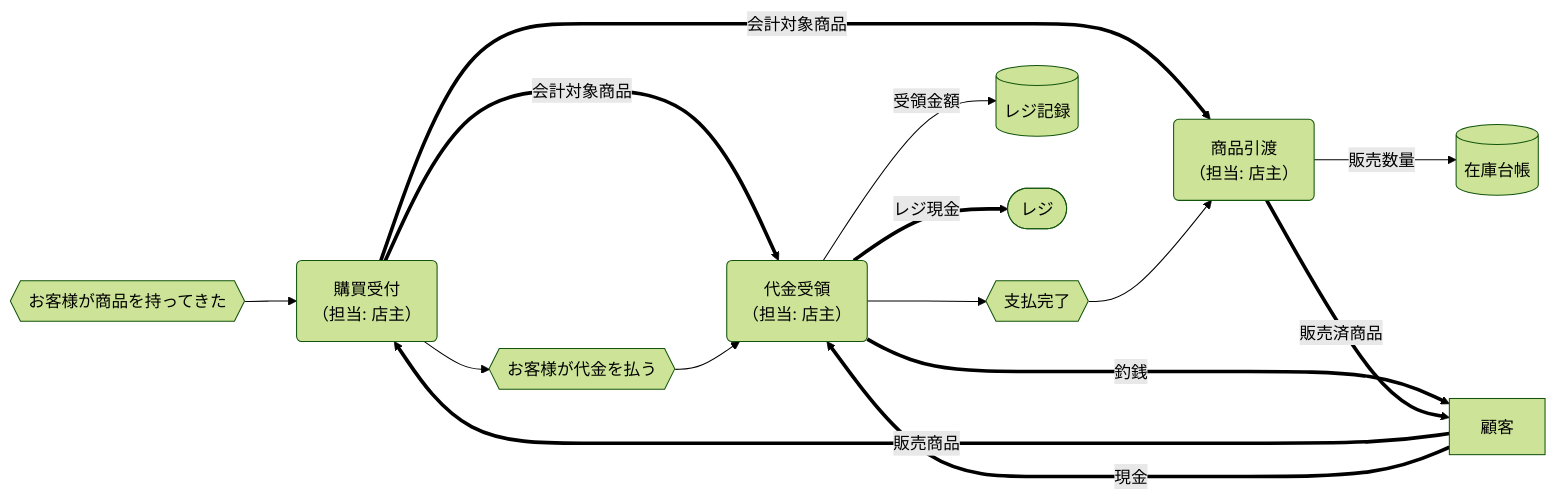
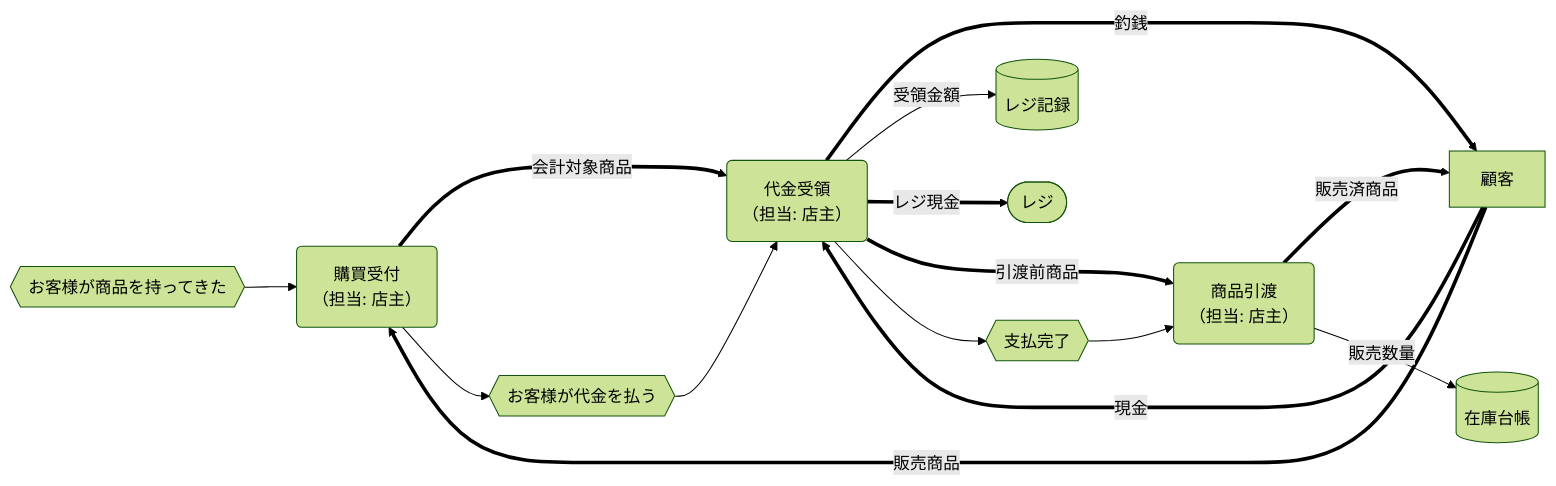
Before and after one commit to naoji3x/grandma-candy-shop: the sixth of 11 diagrams in docs/project/010-業務仕様/010-概念データフロー図/販売管理概念データフロー（現状）.md, drawn with Mermaid (forest theme). The commit also changed other lines of this file, not shown here.

````diff
--- a/docs/project/010-業務仕様/010-概念データフロー図/販売管理概念データフロー（現状）.md
+++ b/docs/project/010-業務仕様/010-概念データフロー図/販売管理概念データフロー（現状）.md
@@ -294,42 +297,42 @@
 ```mermaid
 flowchart LR
 
   %% プロセス
   購買受付("購買受付<br>（担当: 店主）")
   代金受領("代金受領<br>（担当: 店主）")
   商品引渡("商品引渡<br>（担当: 店主）")
 
   %% イベント
   商品持込{{"お客様が商品を持ってきた"}}
   支払意志{{"お客様が代金を払う"}}
   支払完了{{"支払完了"}}
 
   %% 外部主体
   顧客[顧客]
 
   %% データストア
   在庫台帳[(在庫台帳)]
   レジ記録[(レジ記録)]
 
   %% 物理保管
   レジ([レジ])
 
   %% 購買受付
   商品持込 --> 購買受付
   顧客 ==>|販売商品| 購買受付
   購買受付 ==>|会計対象商品| 代金受領
-  購買受付 ==>|会計対象商品| 商品引渡
   購買受付 --> 支払意志
 
   %% 代金受領
   支払意志 --> 代金受領
   顧客 ==>|現金| 代金受領
   代金受領 ==>|釣銭| 顧客
   代金受領 -->|受領金額| レジ記録
   代金受領 ==>|レジ現金| レジ
+  代金受領 ==>|引渡前商品| 商品引渡
 
   %% 商品引渡
   代金受領 --> 支払完了 --> 商品引渡
   商品引渡 ==>|販売済商品| 顧客
   商品引渡 -->|販売数量| 在庫台帳
 ```
````
